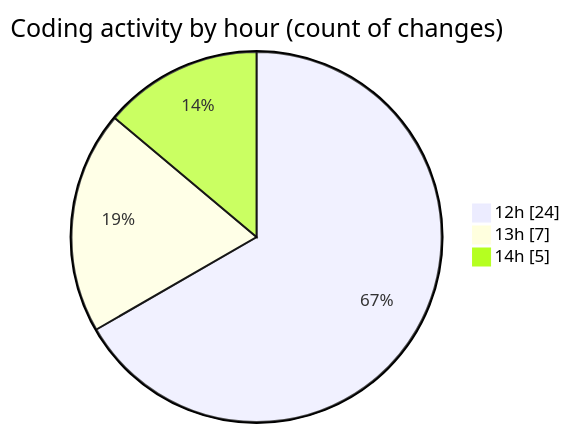
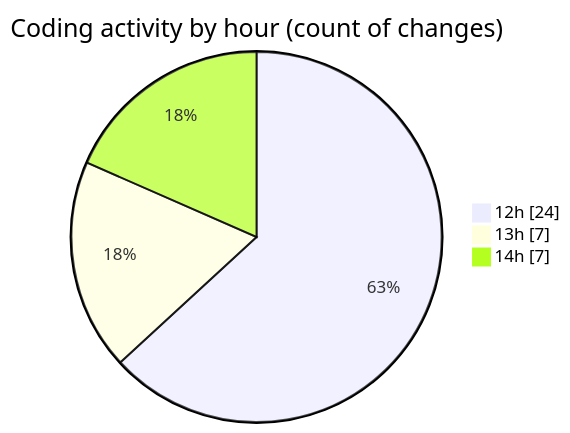
The second of 2 diagrams in 2025-08-25/quytuthien_vn/README.md (lephambinh05/code-tracking), drawn with Mermaid before and after one commit. The commit also changed other lines of this file and 1 other file, not shown here.

````diff
--- a/2025-08-25/quytuthien_vn/README.md
+++ b/2025-08-25/quytuthien_vn/README.md
@@ -45,7 +46,7 @@
 ```mermaid
 pie showData
 title Coding activity by hour (count of changes)
 "12h" : 24
 "13h" : 7
-"14h" : 5
+"14h" : 7
 ```
````
